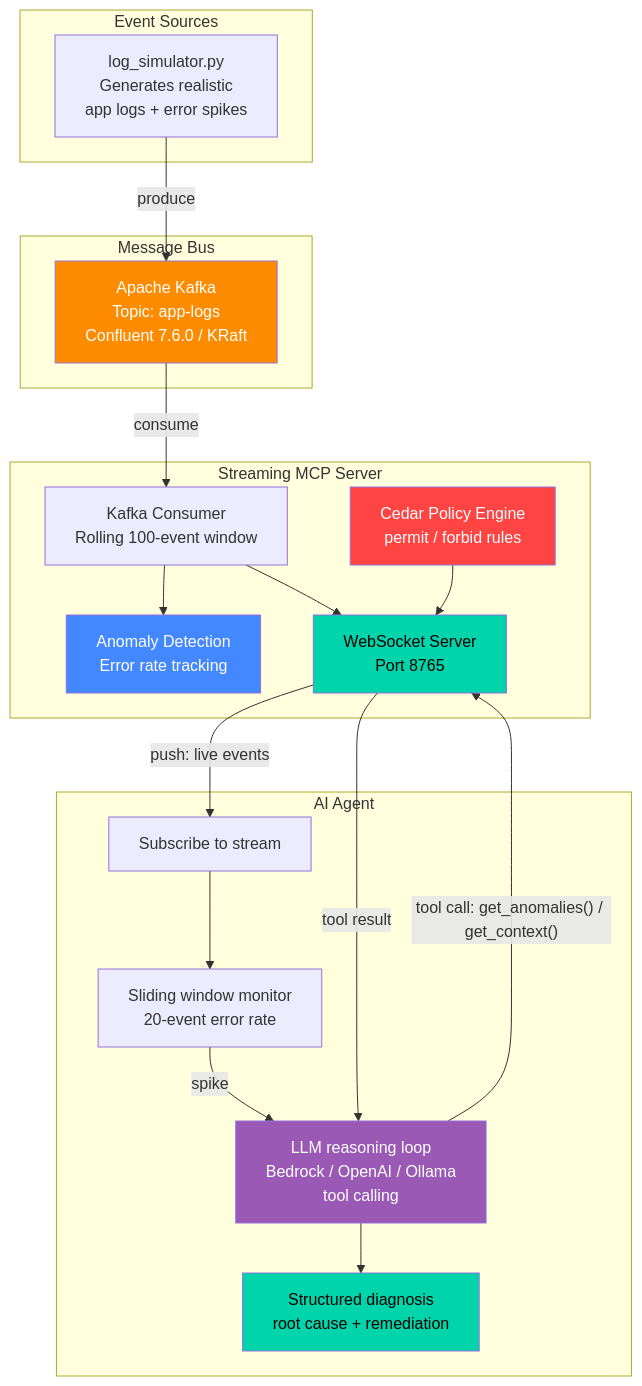
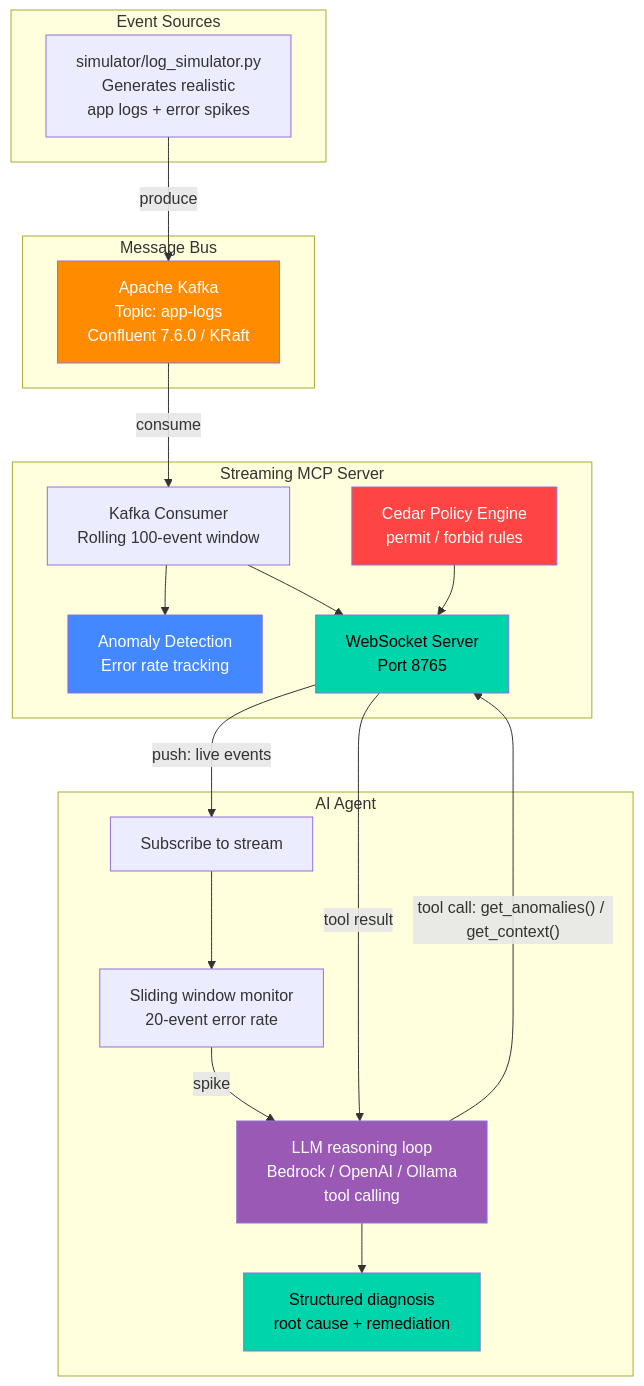
One commit to hakohli/mcp-pulse changed the diagram in README.md. Above: the diagram before and after it, drawn with Mermaid. The commit also changed other lines of this file and 22 other files, not shown here.

````diff
--- a/README.md
+++ b/README.md
@@ -11,41 +18,41 @@
 ```mermaid
 graph TB
     subgraph Event Sources
-        LS[log_simulator.py<br/>Generates realistic<br/>app logs + error spikes]
+        LS[simulator/log_simulator.py<br/>Generates realistic<br/>app logs + error spikes]
     end
 
     subgraph Message Bus
         K[Apache Kafka<br/>Topic: app-logs<br/>Confluent 7.6.0 / KRaft]
     end
 
     subgraph Streaming MCP Server
         KC[Kafka Consumer<br/>Rolling 100-event window]
         AD[Anomaly Detection<br/>Error rate tracking]
         WS[WebSocket Server<br/>Port 8765]
         CE[Cedar Policy Engine<br/>permit / forbid rules]
         KC --> AD
         KC --> WS
         CE --> WS
     end
 
     subgraph AI Agent
         SUB[Subscribe to stream]
         MON[Sliding window monitor<br/>20-event error rate]
         LLM[LLM reasoning loop<br/>Bedrock / OpenAI / Ollama<br/>tool calling]
         FIX[Structured diagnosis<br/>root cause + remediation]
         SUB --> MON -- spike --> LLM --> FIX
     end
 
     LS -- produce --> K
     K -- consume --> KC
     WS -- "push: live events" --> SUB
     LLM -- "tool call: get_anomalies() / get_context()" --> WS
     WS -- "tool result" --> LLM
 
     style K fill:#FF8C00,color:#fff
     style WS fill:#00D4AA,color:#000
     style CE fill:#FF4444,color:#fff
     style AD fill:#4488FF,color:#fff
     style FIX fill:#00D4AA,color:#000
     style LLM fill:#9B59B6,color:#fff
 ```
````
